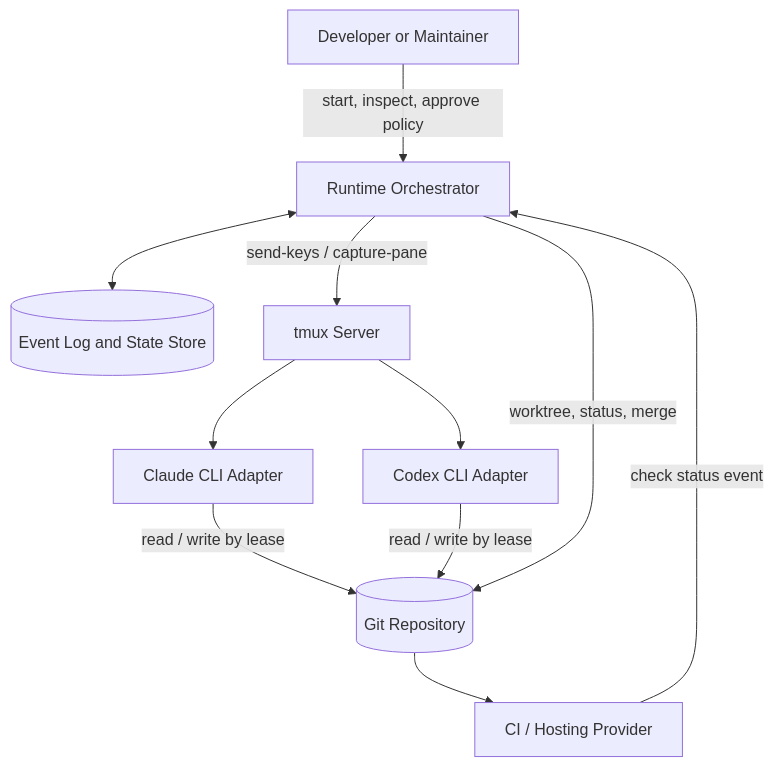
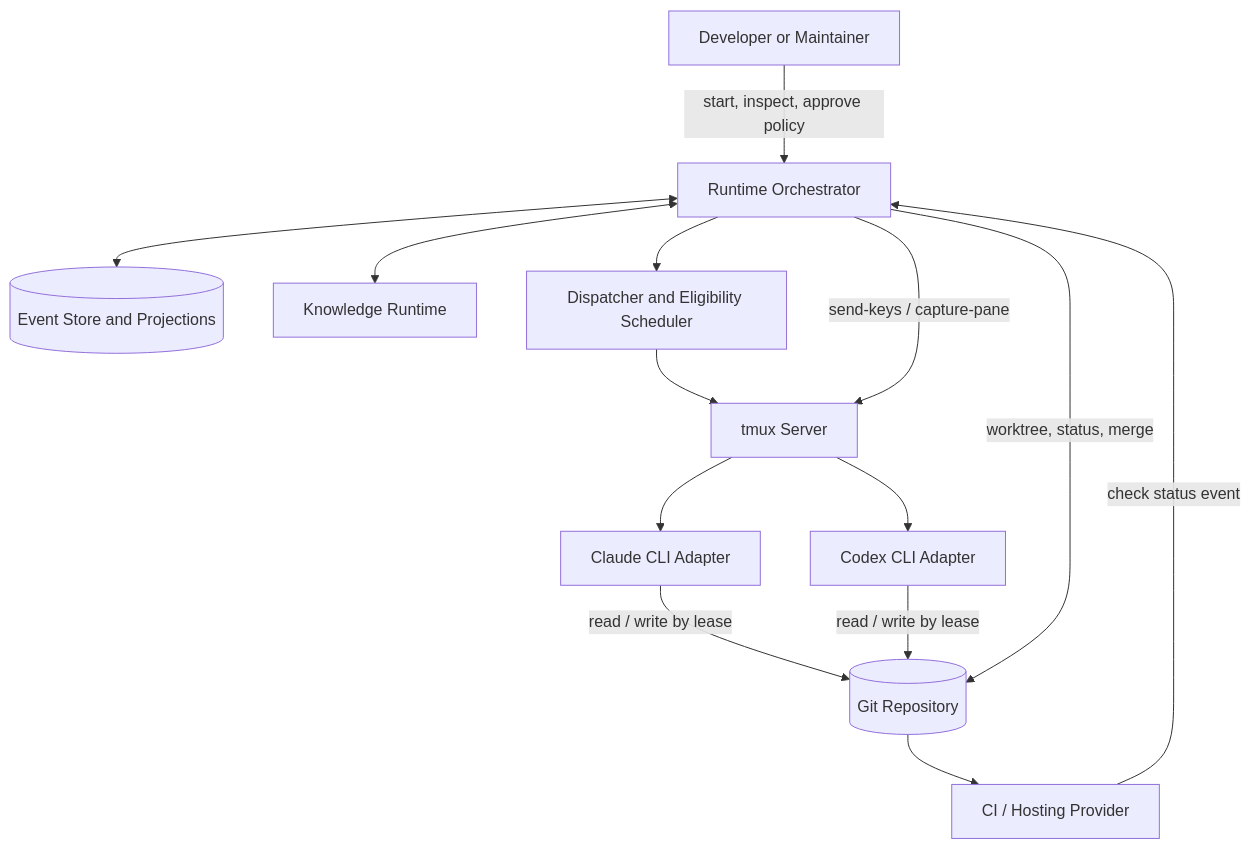
The second of 2 diagrams in docs/README.md (tinhnvAdnetplus/design-document), drawn with Mermaid before and after one commit. The commit also changed other lines of this file and 35 other files, not shown here.

````diff
--- a/docs/README.md
+++ b/docs/README.md
@@ -150,22 +150,27 @@
 ```mermaid
 flowchart TB
     Human[Developer or Maintainer]
     Git[(Git Repository)]
     Orch[Runtime Orchestrator]
-    Store[(Event Log and State Store)]
+    Store[(Event Store and Projections)]
+    Knowledge[Knowledge Runtime]
+    Scheduler[Dispatcher and Eligibility Scheduler]
     Tmux[tmux Server]
     Claude[Claude CLI Adapter]
     Codex[Codex CLI Adapter]
     CI[CI / Hosting Provider]
 
     Human -->|start, inspect, approve policy| Orch
     Orch <--> Store
+    Orch <--> Knowledge
+    Orch --> Scheduler
+    Scheduler --> Tmux
     Orch -->|send-keys / capture-pane| Tmux
     Tmux --> Claude
     Tmux --> Codex
     Claude -->|read / write by lease| Git
     Codex -->|read / write by lease| Git
     Orch -->|worktree, status, merge| Git
     Git --> CI
     CI -->|check status event| Orch
 ```
````
